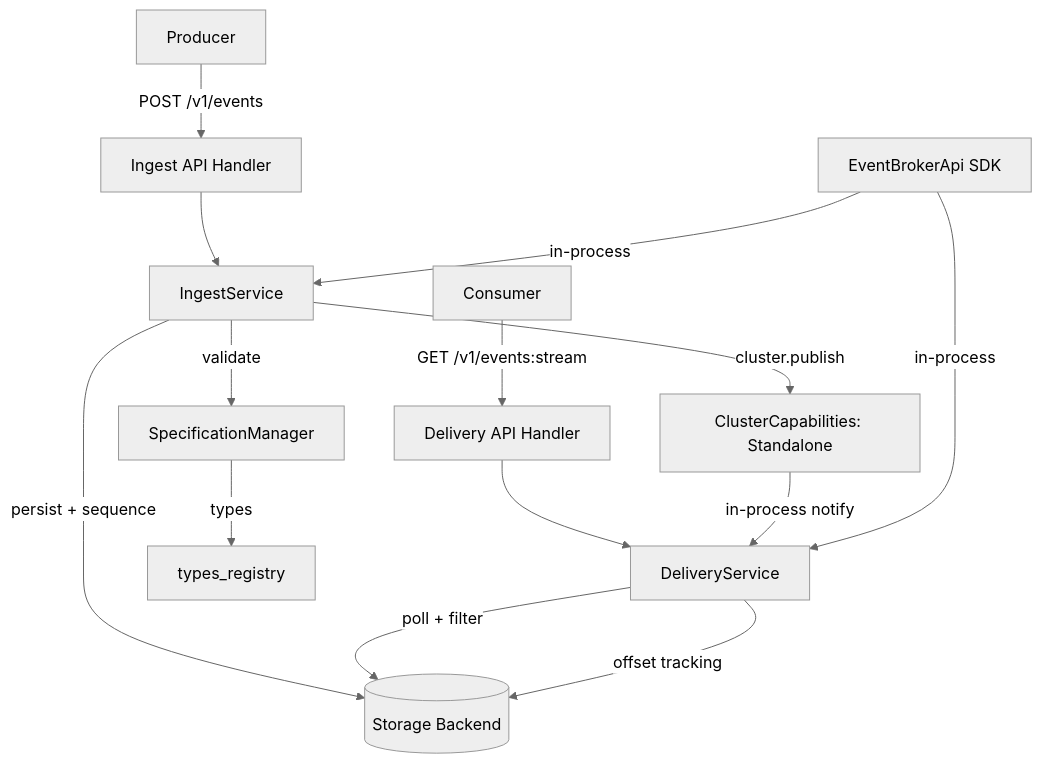
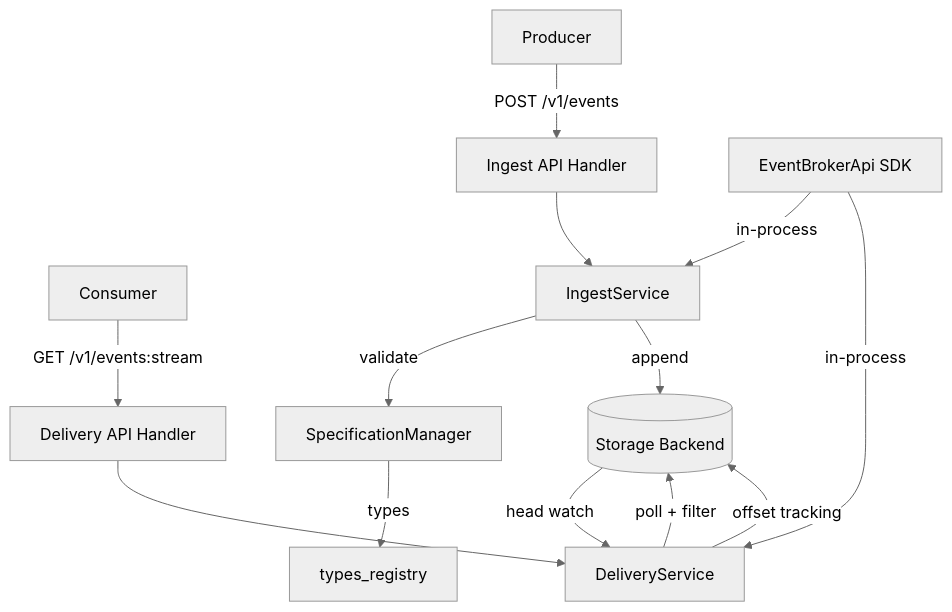
The first of 5 diagrams in gears/system/event-broker/docs/DESIGN.md (AndIConstructor/gears-rust), drawn with Mermaid (neutral theme) before and after one commit. The commit also changed other lines of this file and 448 other files, not shown here.

First line of the commit message:
feat(event-broker): backend registry, provisioning, storage plugins

````diff
--- a/gears/system/event-broker/docs/DESIGN.md
+++ b/gears/system/event-broker/docs/DESIGN.md
@@ -127,20 +126,19 @@
 ```mermaid
 graph TB
     Producer[Producer] -->|POST /v1/events| IngestAPI[Ingest API Handler]
     Consumer[Consumer] -->|GET /v1/events:stream| DeliveryAPI[Delivery API Handler]
 
     IngestAPI --> IS[IngestService]
     DeliveryAPI --> DS[DeliveryService]
 
     IS -->|validate| SM[SpecificationManager]
-    IS -->|persist + sequence| SB[(Storage Backend)]
-    IS -->|cluster.publish| CC[ClusterCapabilities: Standalone]
-    CC -->|in-process notify| DS
+    IS -->|append| SB[(Storage Backend)]
+    SB -->|head watch| DS
 
     DS -->|poll + filter| SB
     DS -->|offset tracking| SB
     SM -->|types| TR[types_registry]
 
     SDK[EventBrokerApi SDK] -->|in-process| IS
     SDK -->|in-process| DS
 ```
````
